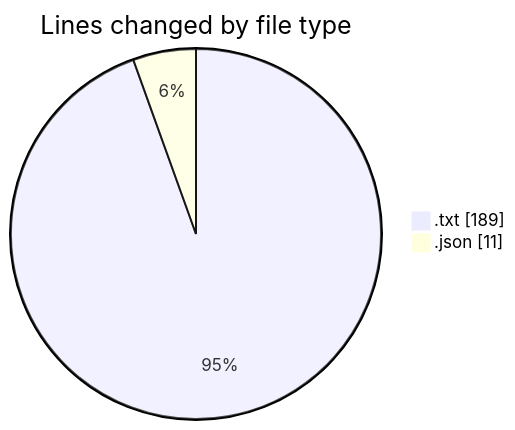
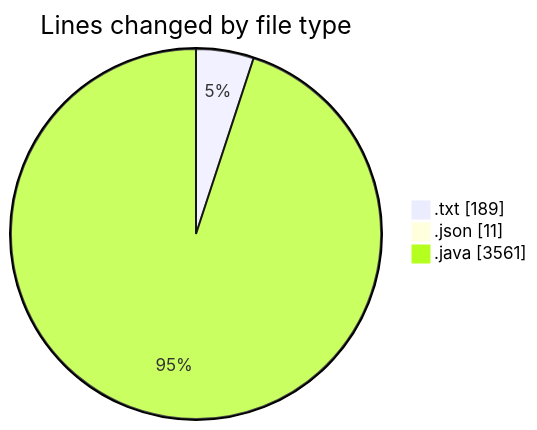
Before and after one commit to ricardozamudiocil/code-tracking: the first of 2 diagrams in 2026-07-15/cilapp/README.md, drawn with Mermaid. The commit also changed other lines of this file and 1 other file, not shown here.

````diff
--- a/2026-07-15/cilapp/README.md
+++ b/2026-07-15/cilapp/README.md
@@ -21,6 +22,7 @@
 ```mermaid
 pie showData
 title Lines changed by file type
 ".txt" : 189
 ".json" : 11
+".java" : 3561
 ```
````
